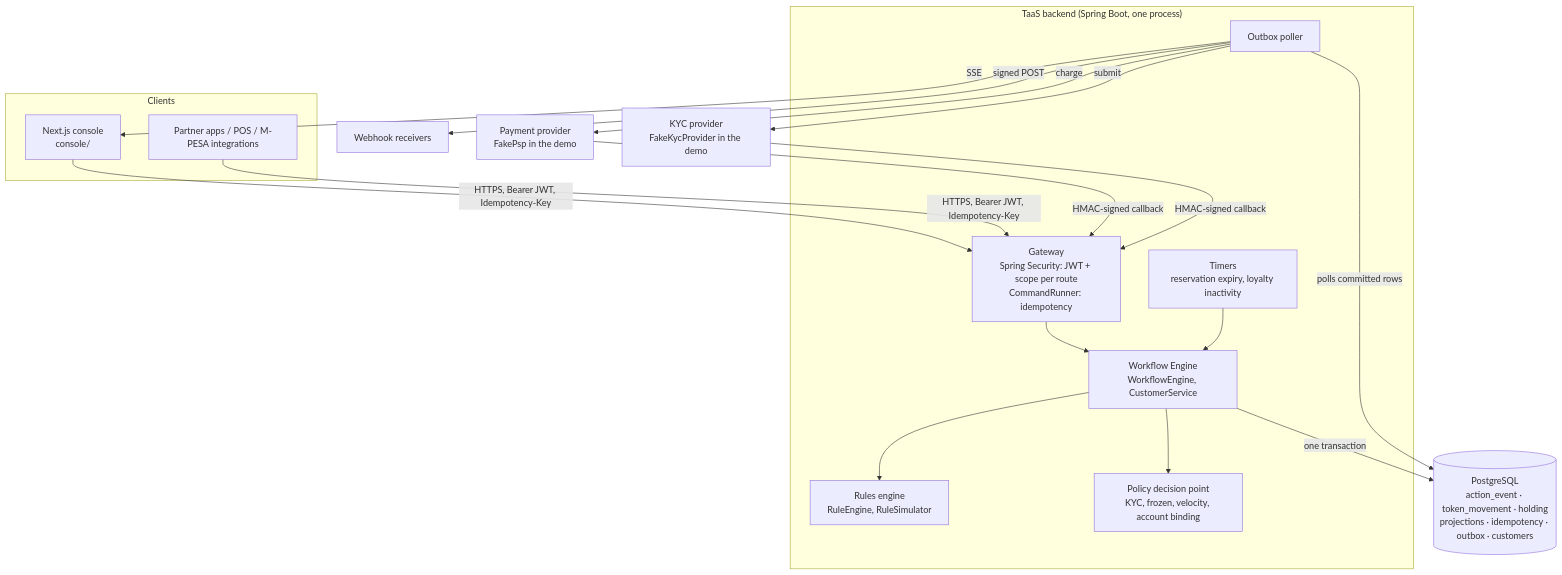
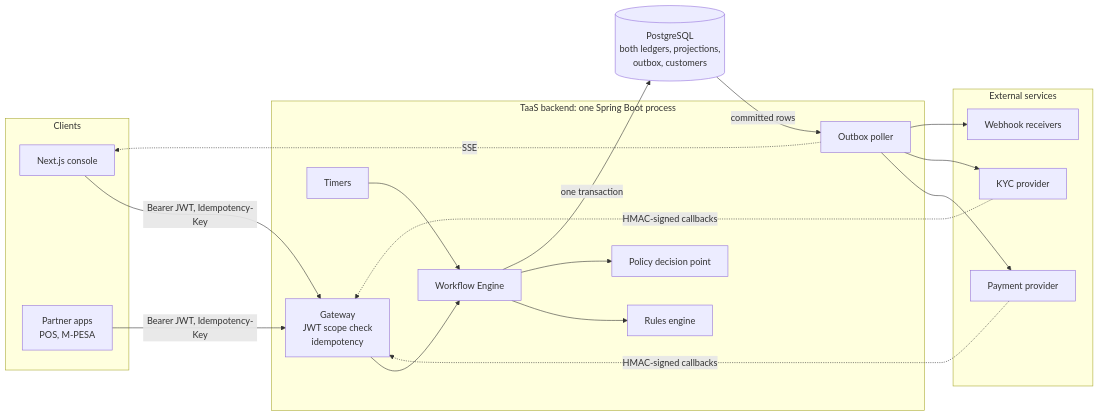
Before and after one commit to Oughty-Otieno/taas: the first of 2 diagrams in docs/02-architecture.md, drawn with Mermaid. The commit also changed 10 other files, not shown here.

````diff
--- a/docs/02-architecture.md
+++ b/docs/02-architecture.md
@@ -5,33 +5,30 @@
 ```mermaid
-flowchart TB
+flowchart LR
     subgraph Clients
-        CON[Next.js console<br/>console/]
-        PAR[Partner apps / POS / M-PESA integrations]
+        CON[Next.js console]
+        PAR[Partner apps<br/>POS, M-PESA]
     end
-    subgraph TaaS["TaaS backend (Spring Boot, one process)"]
-        GW[Gateway<br/>Spring Security: JWT + scope per route<br/>CommandRunner: idempotency]
-        ENG[Workflow Engine<br/>WorkflowEngine, CustomerService]
-        RE[Rules engine<br/>RuleEngine, RuleSimulator]
-        PDP[Policy decision point<br/>KYC, frozen, velocity, account binding]
-        TM[Timers<br/>reservation expiry, loyalty inactivity]
+    subgraph TaaS["TaaS backend: one Spring Boot process"]
+        GW[Gateway<br/>JWT scope check<br/>idempotency]
+        ENG[Workflow Engine]
+        RE[Rules engine]
+        PDP[Policy decision point]
+        TM[Timers]
         OB[Outbox poller]
     end
-    DB[(PostgreSQL<br/>action_event · token_movement · holding<br/>projections · idempotency · outbox · customers)]
-    PSP[Payment provider<br/>FakePsp in the demo]
-    KYC[KYC provider<br/>FakeKycProvider in the demo]
-    HOOK[Webhook receivers]
-
-    CON & PAR -->|HTTPS, Bearer JWT, Idempotency-Key| GW
+    DB[(PostgreSQL<br/>both ledgers, projections,<br/>outbox, customers)]
+    subgraph External["External services"]
+        PSP[Payment provider]
+        KYC[KYC provider]
+        HOOK[Webhook receivers]
+    end
+    CON & PAR -->|Bearer JWT, Idempotency-Key| GW
     GW --> ENG
-    ENG --> RE
-    ENG --> PDP
+    ENG --> RE & PDP
     TM --> ENG
     ENG -->|one transaction| DB
-    OB -->|polls committed rows| DB
-    OB -->|charge| PSP
-    OB -->|submit| KYC
-    OB -->|signed POST| HOOK
-    OB -->|SSE| CON
-    PSP -->|HMAC-signed callback| GW
-    KYC -->|HMAC-signed callback| GW
+    DB -->|committed rows| OB
+    OB --> PSP & KYC & HOOK
+    OB -.->|SSE| CON
+    PSP & KYC -.->|HMAC-signed callbacks| GW
 ```
````
